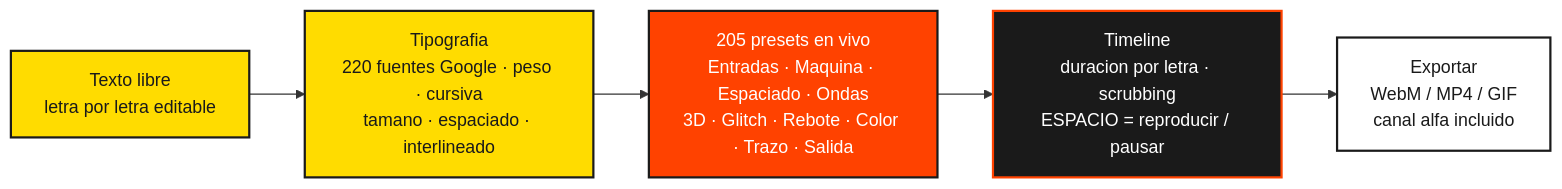
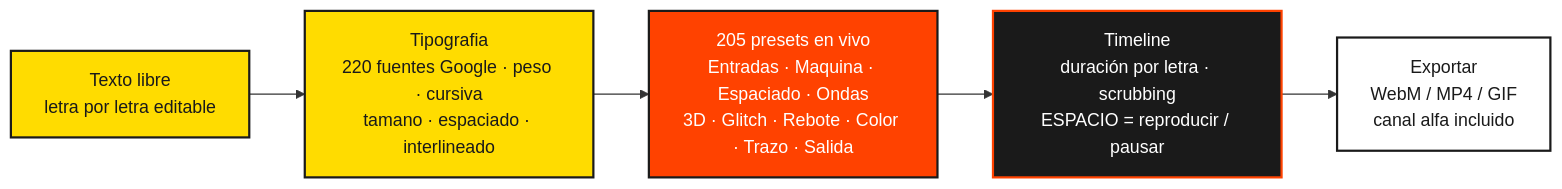
One commit to freeanimationpower/FREE-ANIMATION-POWER_TEXT-MOTION-CONTROL changed the diagram in README.md. Above: the diagram before and after it, drawn with Mermaid. The commit also changed other lines of this file, not shown here.

Commit message:
Fix remaining Spanish accents (pass 2: genero, dialogo, duracion, boton, guia, etc.)

````diff
--- a/README.md
+++ b/README.md
@@ -32,15 +32,15 @@
 ```mermaid
 flowchart LR
     classDef ui fill:#ffdc00,stroke:#1a1a1a,color:#1a1a1a,stroke-width:2px;
     classDef engine fill:#ff4200,stroke:#1a1a1a,color:#ffffff,stroke-width:2px;
     classDef data fill:#1a1a1a,stroke:#ff4200,color:#ffffff,stroke-width:2px;
     classDef ext fill:#ffffff,stroke:#1a1a1a,color:#1a1a1a,stroke-width:2px;
         TXT["Texto libre<br/>letra por letra editable"] --> TIP["Tipografia<br/>220 fuentes Google · peso · cursiva<br/>tamano · espaciado · interlineado"]
         TIP --> PRS["205 presets en vivo<br/>Entradas · Maquina · Espaciado · Ondas<br/>3D · Glitch · Rebote · Color · Trazo · Salida"]
-        PRS --> TIM["Timeline<br/>duracion por letra · scrubbing<br/>ESPACIO = reproducir / pausar"]
+        PRS --> TIM["Timeline<br/>duración por letra · scrubbing<br/>ESPACIO = reproducir / pausar"]
         TIM --> EXP["Exportar<br/>WebM / MP4 / GIF<br/>canal alfa incluido"]
         class TXT,TIP ui
         class PRS engine
         class TIM data
         class EXP ext
 ```
````
